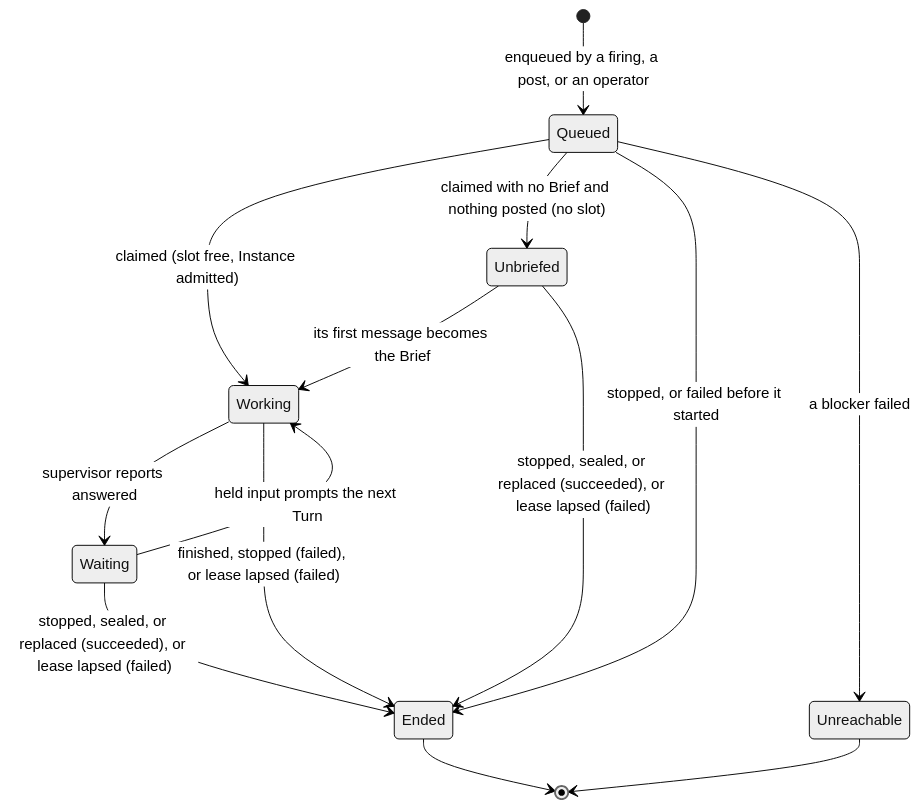
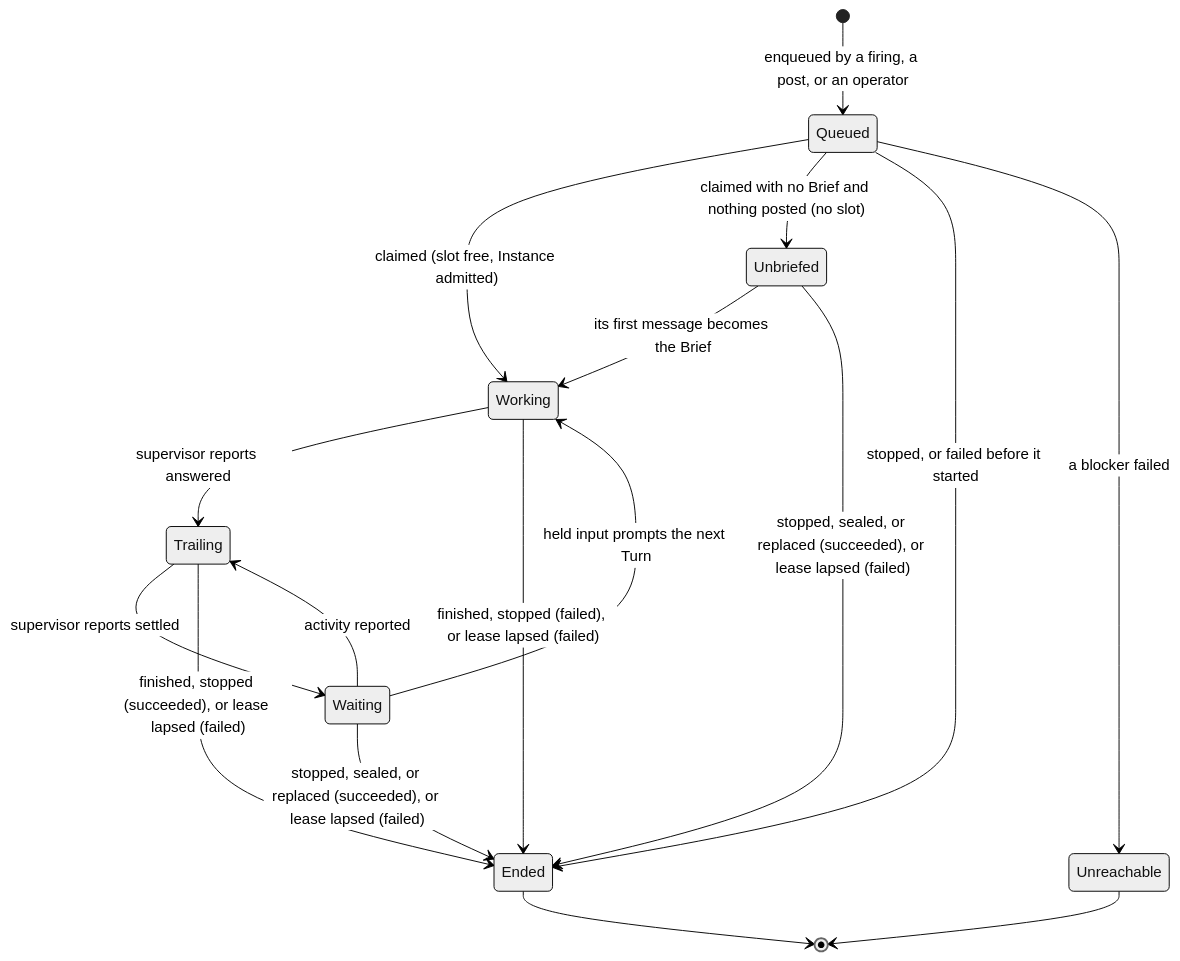
Before and after one commit to openkestrel/kestrel: the first of 2 diagrams in docs/architecture/sessions.md, drawn with Mermaid (neutral theme). The commit also changed other lines of this file and 31 other files, not shown here.

````diff
--- a/docs/architecture/sessions.md
+++ b/docs/architecture/sessions.md
@@ -11,16 +11,19 @@
 ```mermaid
 stateDiagram-v2
     [*] --> Queued: enqueued by a firing, a post, or an operator
     Queued --> Working: claimed (slot free, Instance admitted)
     Queued --> Unbriefed: claimed with no Brief and nothing posted (no slot)
     Queued --> Ended: stopped, or failed before it started
     Queued --> Unreachable: a blocker failed
     Unbriefed --> Working: its first message becomes the Brief
-    Working --> Waiting: supervisor reports answered
+    Working --> Trailing: supervisor reports answered
+    Trailing --> Waiting: supervisor reports settled
+    Waiting --> Trailing: activity reported
     Waiting --> Working: held input prompts the next Turn
     Working --> Ended: finished, stopped (failed), or lease lapsed (failed)
+    Trailing --> Ended: finished, stopped (succeeded), or lease lapsed (failed)
     Unbriefed --> Ended: stopped, sealed, or replaced (succeeded), or lease lapsed (failed)
     Waiting --> Ended: stopped, sealed, or replaced (succeeded), or lease lapsed (failed)
     Ended --> [*]
     Unreachable --> [*]
 ```
````
